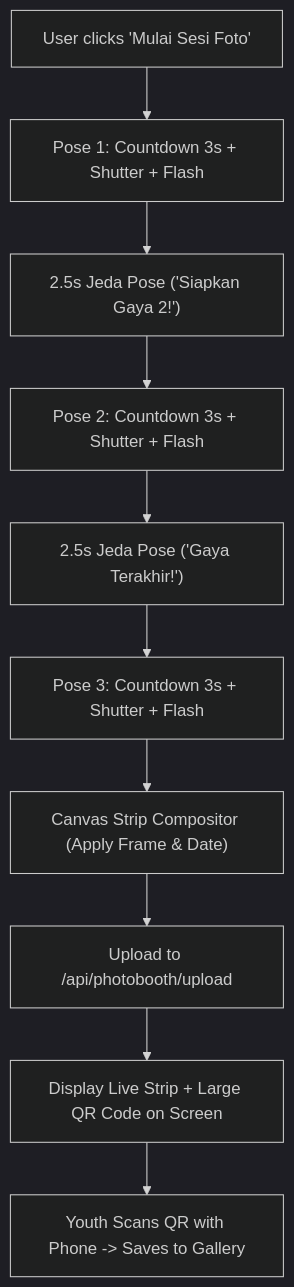
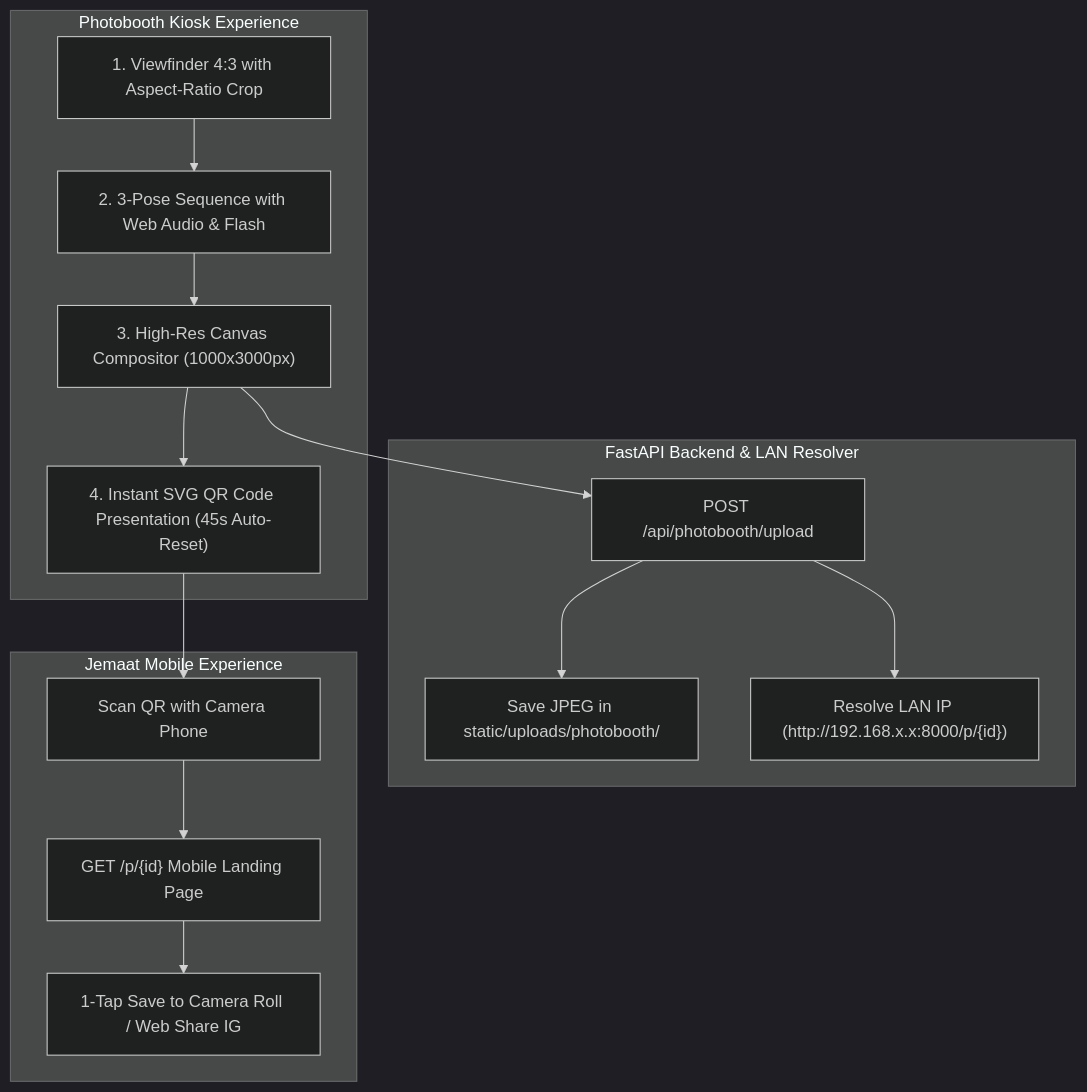
One commit to joseperdana/faceID-KP changed the diagram in tasks/implementation_plan.md. Above: the diagram before and after it, drawn with Mermaid (dark theme). The commit also changed other lines of this file and 5 other files, not shown here.

Commit message:
feat(photobooth): apply Superpower Neo-Brutalist tactile styling, Y2K Photomatix aesthetic, authentic 17an themes, and robust TDD suite

````diff
--- a/tasks/implementation_plan.md
+++ b/tasks/implementation_plan.md
@@ -34,12 +53,18 @@
 ```mermaid
 flowchart TD
-    A["User clicks 'Mulai Sesi Foto'"] --> B["Pose 1: Countdown 3s + Shutter + Flash"]
-    B --> C["2.5s Jeda Pose ('Siapkan Gaya 2!')"]
-    C --> D["Pose 2: Countdown 3s + Shutter + Flash"]
-    D --> E["2.5s Jeda Pose ('Gaya Terakhir!')"]
-    E --> F["Pose 3: Countdown 3s + Shutter + Flash"]
-    F --> G["Canvas Strip Compositor (Apply Frame & Date)"]
-    G --> H["Upload to /api/photobooth/upload"]
-    H --> I["Display Live Strip + Large QR Code on Screen"]
-    I --> J["Youth Scans QR with Phone -> Saves to Gallery"]
+    subgraph Frontend_Kiosk ["Photobooth Kiosk Experience"]
+        A["1. Viewfinder 4:3 with Aspect-Ratio Crop"] --> B["2. 3-Pose Sequence with Web Audio & Flash"]
+        B --> C["3. High-Res Canvas Compositor (1000x3000px)"]
+        C --> D["4. Instant SVG QR Code Presentation (45s Auto-Reset)"]
+    end
+    subgraph Backend_Delivery ["FastAPI Backend & LAN Resolver"]
+        C --> E["POST /api/photobooth/upload"]
+        E --> F["Save JPEG in static/uploads/photobooth/"]
+        E --> G["Resolve LAN IP (http://192.168.x.x:8000/p/{id})"]
+    end
+    subgraph Mobile_Gallery ["Jemaat Mobile Experience"]
+        D --> H["Scan QR with Camera Phone"]
+        H --> I["GET /p/{id} Mobile Landing Page"]
+        I --> J["1-Tap Save to Camera Roll / Web Share IG"]
+    end
 ```
````
